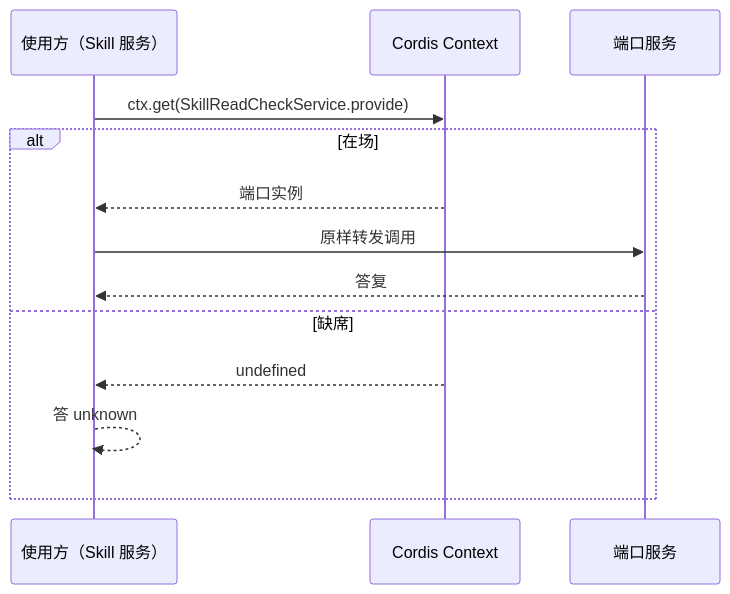
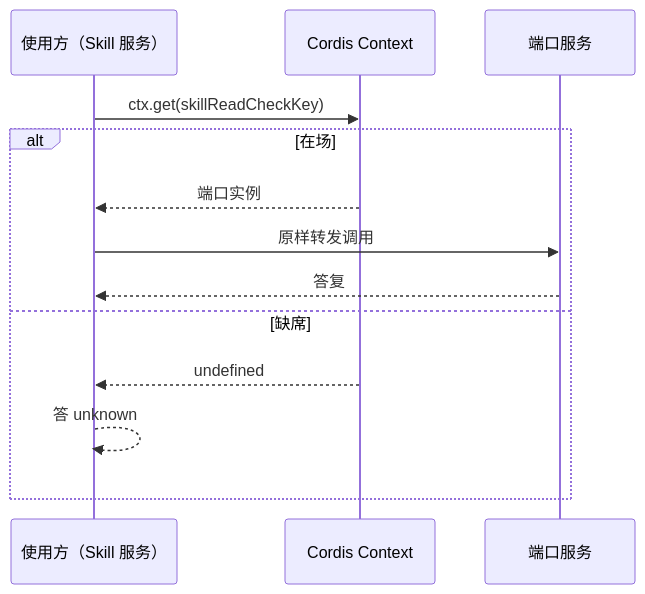
The second of 2 diagrams in packages/skills/skill-cordis-contract/docs/flows.md (nemori-ai/omne-harness-lite), drawn with Mermaid before and after one commit. The commit also changed 21 other files, not shown here.

````diff
--- a/packages/skills/skill-cordis-contract/docs/flows.md
+++ b/packages/skills/skill-cordis-contract/docs/flows.md
@@ -30,15 +30,15 @@
 ```mermaid
 sequenceDiagram
   participant A as 使用方（Skill 服务）
   participant C as Cordis Context
   participant R as 端口服务
-  A->>C: ctx.get(SkillReadCheckService.provide)
+  A->>C: ctx.get(skillReadCheckKey)
   alt 在场
     C-->>A: 端口实例
     A->>R: 原样转发调用
     R-->>A: 答复
   else 缺席
     C-->>A: undefined
     A-->>A: 答 unknown
   end
 ```
````
